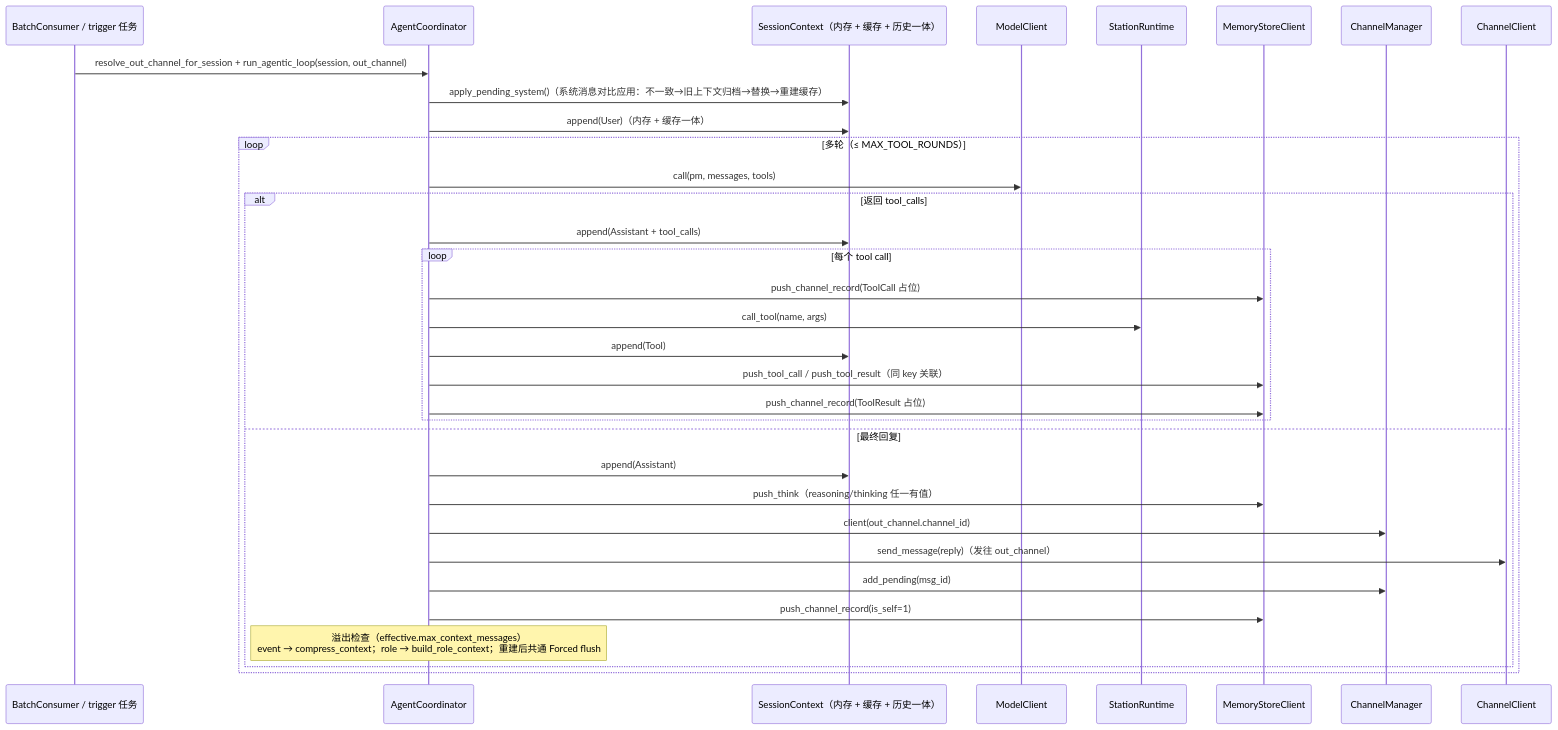
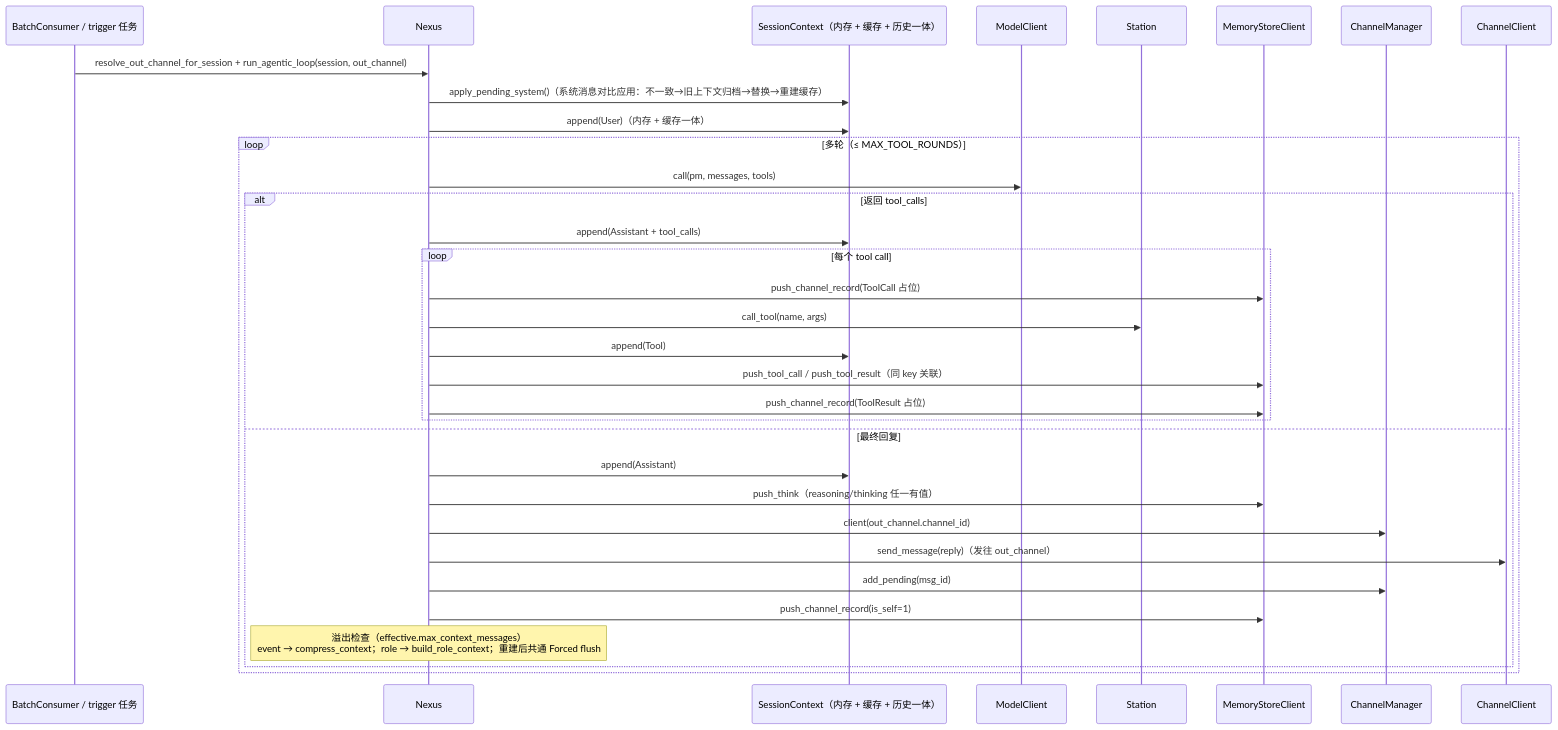
Before and after one commit to coldcloude/kissbot: the fourth of 5 diagrams in docs/spec/kissbot-agent-modules.md, drawn with Mermaid. The commit also changed other lines of this file and 9 other files, not shown here.

Commit message:
docs(agent): Station 嵌套化文档同步——模块设计重写（Toolkit/子 Station/递归平铺/内置 filesystem），新增 docs/spec/kissbot-agent-station.md 技术规格，实现计划与遗留事项更新（MCP/HTTP 协议/跨进程唯一性）；同步 stale 引用（AgentCoordinator→Nexus、StationRuntime→全局 Station、nexus 配置删 stations 段、station_router 删除、toolkit 白名单）

````diff
--- a/docs/spec/kissbot-agent-modules.md
+++ b/docs/spec/kissbot-agent-modules.md
@@ -144,36 +146,36 @@
 ```mermaid
 sequenceDiagram
     participant BP as BatchConsumer / trigger 任务
-    participant CO as AgentCoordinator
+    participant CO as Nexus
     participant CTX as SessionContext（内存 + 缓存 + 历史一体）
     participant MLC as ModelClient
-    participant ST as StationRuntime
+    participant ST as Station
     participant MSC as MemoryStoreClient
     participant CHM as ChannelManager
     participant CC as ChannelClient
 
     BP->>CO: resolve_out_channel_for_session + run_agentic_loop(session, out_channel)
     CO->>CTX: apply_pending_system()（系统消息对比应用：不一致→旧上下文归档→替换→重建缓存）
     CO->>CTX: append(User)（内存 + 缓存一体）
     loop 多轮（≤ MAX_TOOL_ROUNDS）
         CO->>MLC: call(pm, messages, tools)
         alt 返回 tool_calls
             CO->>CTX: append(Assistant + tool_calls)
             loop 每个 tool call
                 CO->>MSC: push_channel_record(ToolCall 占位)
                 CO->>ST: call_tool(name, args)
                 CO->>CTX: append(Tool)
                 CO->>MSC: push_tool_call / push_tool_result（同 key 关联）
                 CO->>MSC: push_channel_record(ToolResult 占位)
             end
         else 最终回复
             CO->>CTX: append(Assistant)
             CO->>MSC: push_think（reasoning/thinking 任一有值）
             CO->>CHM: client(out_channel.channel_id)
             CO->>CC: send_message(reply)（发往 out_channel）
             CO->>CHM: add_pending(msg_id)
             CO->>MSC: push_channel_record(is_self=1)
             Note over CO: 溢出检查（effective.max_context_messages）<br/>event → compress_context；role → build_role_context；重建后共通 Forced flush
         end
     end
 ```
````
